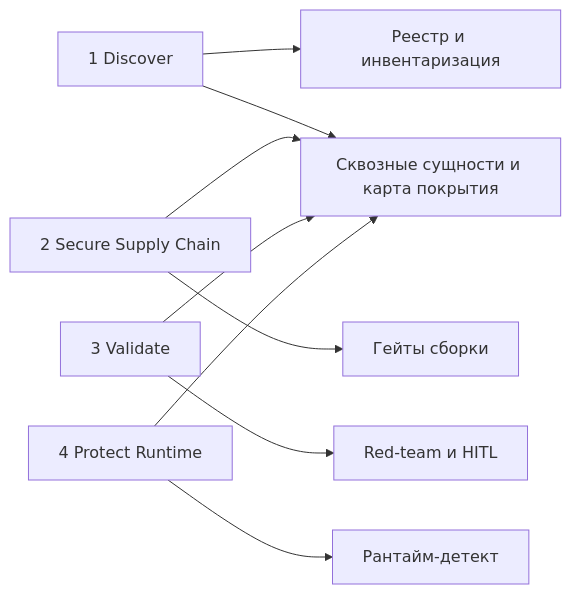
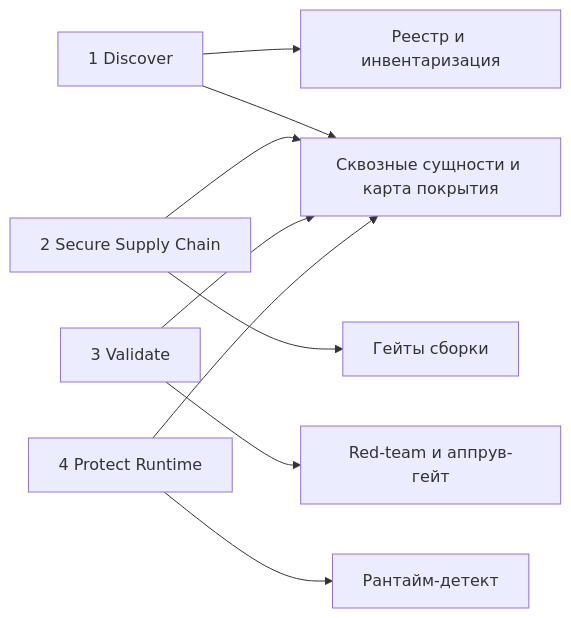
Before and after one commit to dmagog/Sirius-Argus: the first of 8 diagrams in docs/architecture.md, drawn with Mermaid. The commit also changed other lines of this file and 27 other files, not shown here.

````diff
--- a/docs/architecture.md
+++ b/docs/architecture.md
@@ -55,11 +55,11 @@
 ```mermaid
 flowchart LR
     P1[1 Discover] --> L1[Реестр и инвентаризация]
     P2[2 Secure Supply Chain] --> L2[Гейты сборки]
-    P3[3 Validate] --> L3[Red-team и HITL]
+    P3[3 Validate] --> L3[Red-team и аппрув-гейт]
     P4[4 Protect Runtime] --> L4[Рантайм-детект]
     P1 --> X[Сквозные сущности и карта покрытия]
     P2 --> X
     P3 --> X
     P4 --> X
 ```
````
